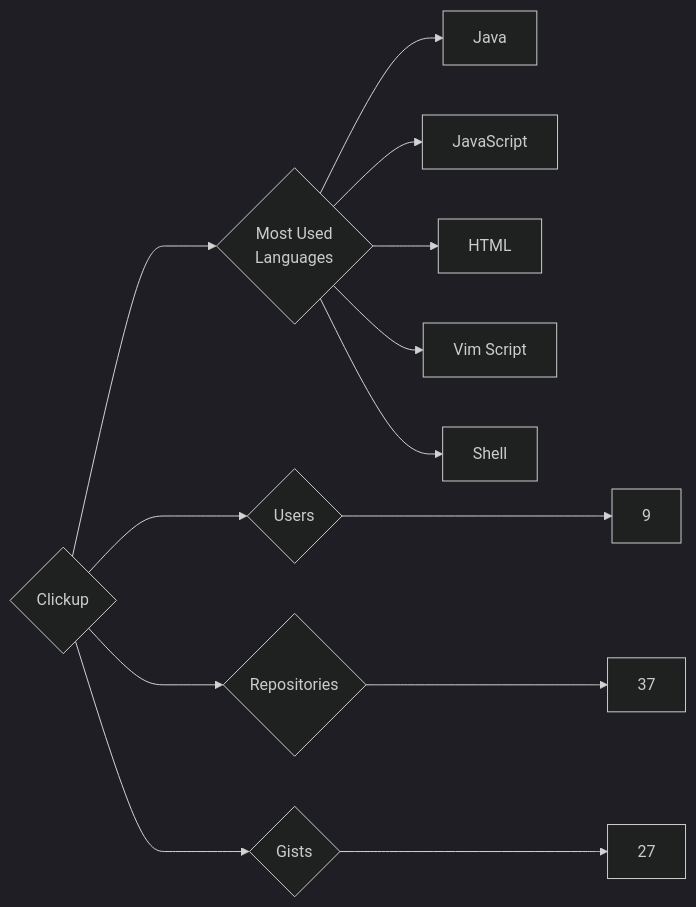
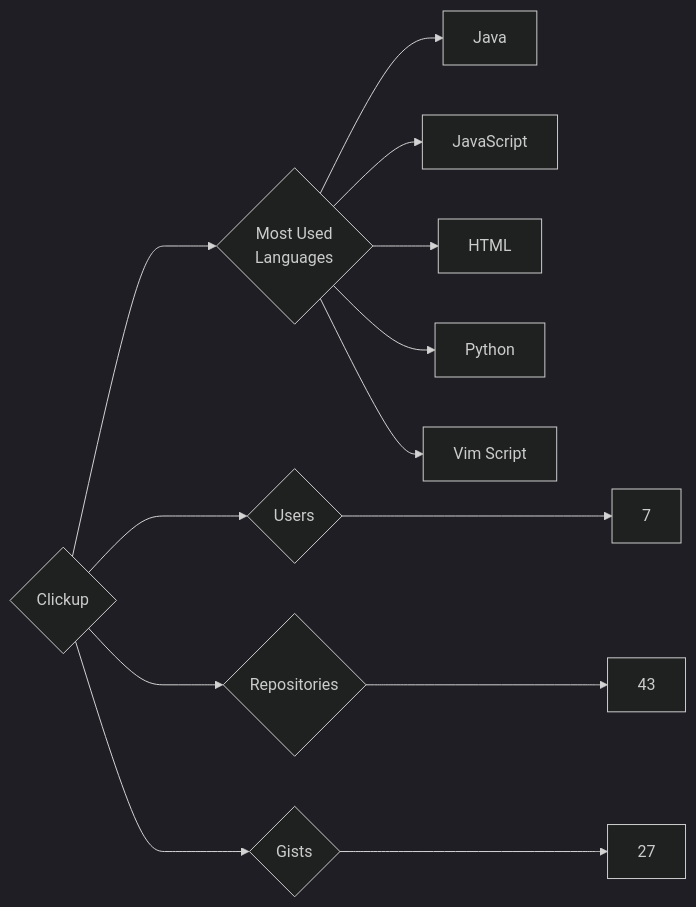
One commit to trickest/insiders changed the diagram in targets/Clickup/README.md. Above: the diagram before and after it, drawn with Mermaid (dark theme). The commit also changed 1092 other files, not shown here.

````diff
--- a/targets/Clickup/README.md
+++ b/targets/Clickup/README.md
@@ -3,13 +3,13 @@
 ```mermaid
 graph LR
 COMPANY_NAME{Clickup}
-COMPANY_NAME ---> U{Users} ---> UN[9]
-COMPANY_NAME ---> R{Repositories} ---> RN[37]
+COMPANY_NAME ---> U{Users} ---> UN[7]
+COMPANY_NAME ---> R{Repositories} ---> RN[43]
 COMPANY_NAME ---> G{Gists} ---> GN[27]
 COMPANY_NAME ---> ML{Most Used<br>Languages}
 ML --> Java[Java]
 ML --> JavaScript[JavaScript]
 ML --> HTML[HTML]
+ML --> Python[Python]
 ML --> Vim_Script[Vim Script]
-ML --> Shell[Shell]
 ```
````
